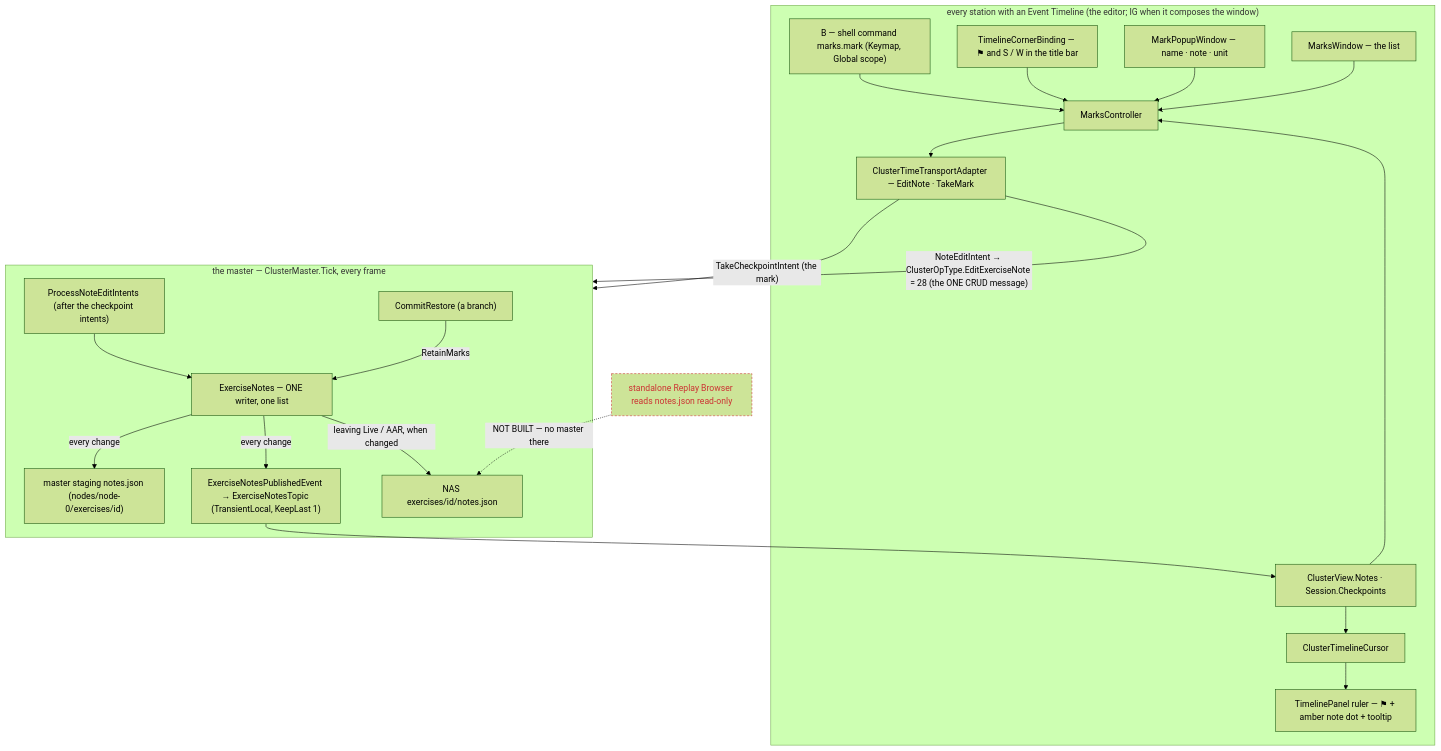
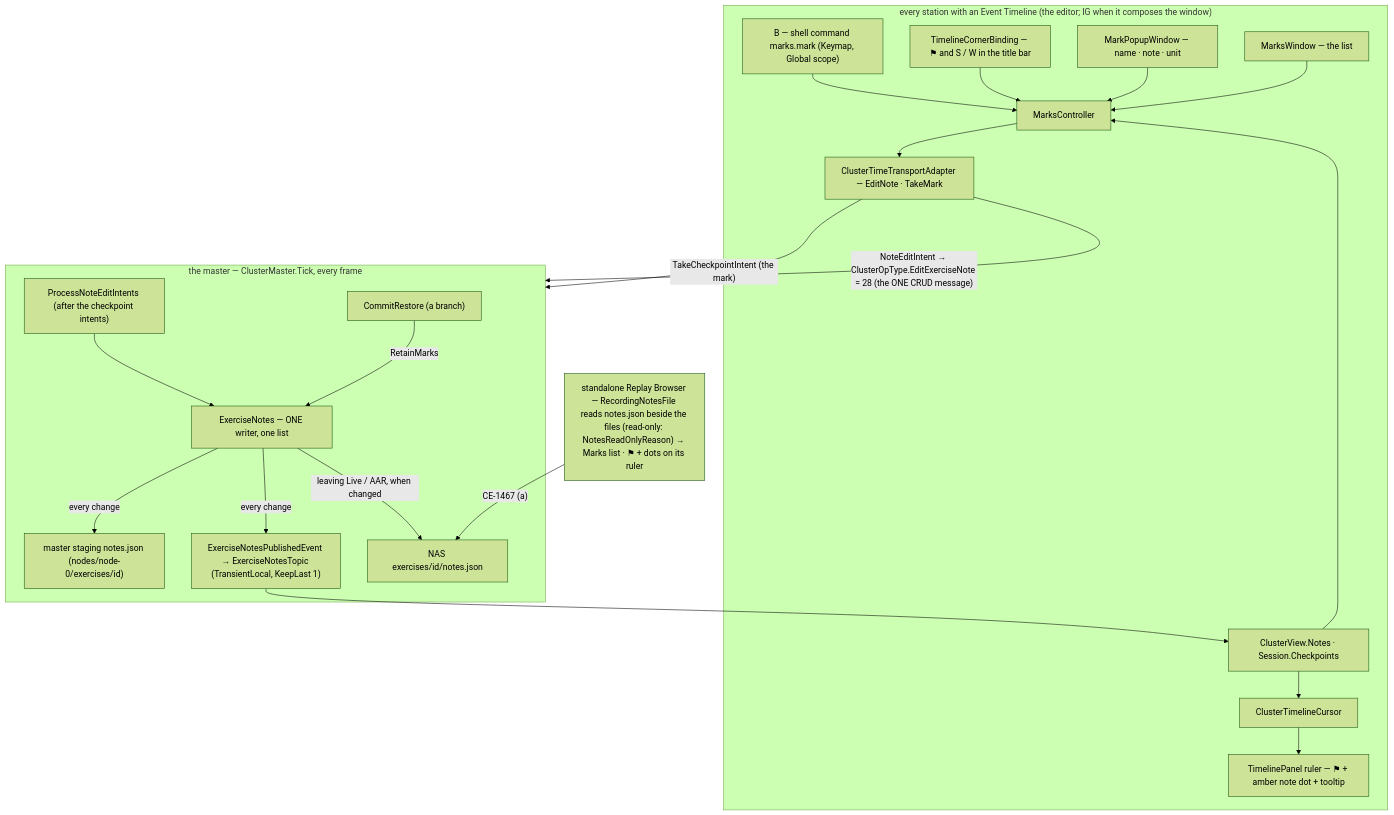
Before and after one commit to pjanec/HROT: the third of 3 diagrams in docs/UX/DESIGN_Bookmarks_And_Notes.md, drawn with Mermaid (forest theme). The commit also changed other lines of this file and 26 other files, not shown here.

````diff
--- a/docs/UX/DESIGN_Bookmarks_And_Notes.md
+++ b/docs/UX/DESIGN_Bookmarks_And_Notes.md
@@ -154,26 +154,24 @@
 ```mermaid
 graph TD
     subgraph STATION["every station with an Event Timeline (the editor; IG when it composes the window)"]
         KEY["B — shell command marks.mark (Keymap, Global scope)"] --> MC[MarksController]
         CORNER["TimelineCornerBinding — ⚑ and S / W in the title bar"] --> MC
         POP["MarkPopupWindow — name · note · unit"] --> MC
         MW["MarksWindow — the list"] --> MC
         MC --> FAC["ClusterTimeTransportAdapter — EditNote · TakeMark"]
         CVIEW["ClusterView.Notes · Session.Checkpoints"] --> CUR[ClusterTimelineCursor]
         CUR --> RULER["TimelinePanel ruler — ⚑ + amber note dot + tooltip"]
         CVIEW --> MC
     end
     FAC -->|"TakeCheckpointIntent (the mark)"| MASTER
     FAC -->|"NoteEditIntent → ClusterOpType.EditExerciseNote = 28 (the ONE CRUD message)"| MASTER
     subgraph MASTER["the master — ClusterMaster.Tick, every frame"]
         PNE["ProcessNoteEditIntents (after the checkpoint intents)"] --> EN["ExerciseNotes — ONE writer, one list"]
         EN -->|"every change"| STG["master staging notes.json (nodes/node-0/exercises/id)"]
         EN -->|"every change"| PUBE["ExerciseNotesPublishedEvent → ExerciseNotesTopic (TransientLocal, KeepLast 1)"]
         EN -->|"leaving Live / AAR, when changed"| NAS["NAS exercises/id/notes.json"]
         CMT["CommitRestore (a branch)"] -->|"RetainMarks"| EN
     end
     PUBE --> CVIEW
-    RB["standalone Replay Browser reads notes.json read-only"] -.->|"NOT BUILT — no master there"| NAS
-    classDef dead stroke:#c33,stroke-dasharray:4 3,color:#c33;
-    class RB dead;
+    RB["standalone Replay Browser — RecordingNotesFile reads notes.json beside the files (read-only: NotesReadOnlyReason) → Marks list · ⚑ + dots on its ruler"] -->|"CE-1467 (a)"| NAS
 ```
````
